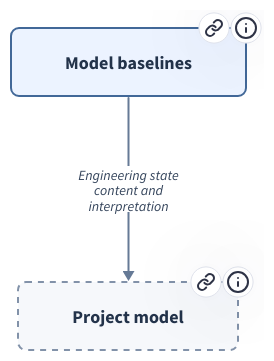
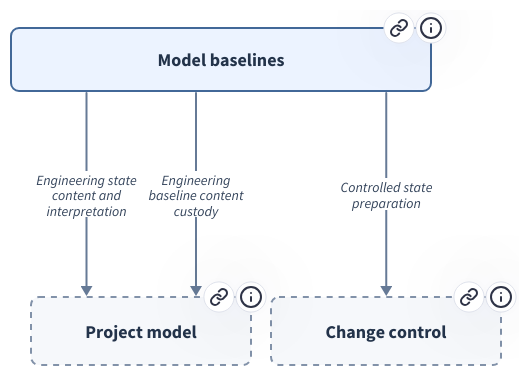
The diagram in design/architecture/views/browser/diagrams/module-MOD-005.d2 (xiongxianfei/rigorloop), drawn with D2 before and after one commit. The commit also changed 262 other files, not shown here.

Commit message:
Add system requirements architecture view and assessments (#208)

```diff
--- a/design/architecture/views/browser/diagrams/module-MOD-005.d2
+++ b/design/architecture/views/browser/diagrams/module-MOD-005.d2
@@ -1,37 +1,64 @@
 # Generated from canonical REM records; do not edit.
-# Source identity: 45c038c07e12e6780416c9a3833873518354213a1c976dcae38bd54077894c80
+# Source identity: 7b8440c54b5c4fada352158a820009762fd64568b87d27d147a47f19f6e4ee60
 # Arrows show consumer -> provider; they do not show execution order.
 vars: {
   d2-config: {
     layout-engine: elk
   }
 }
 direction: down
 
 m_4d4f442d303035: "Model baselines" {
   link: "#module/MOD-005"
   tooltip: "Model baselines (MOD-005)"
   style.fill: "#ECF3FF"
   style.stroke: "#426898"
   style.font-color: "#23334A"
   style.font-size: 18
   style.border-radius: 8
+  width: 420
+}
+m_4d4f442d303036: "Change control" {
+  link: "#module/MOD-006"
+  tooltip: "Change control (MOD-006)"
+  style.fill: "#F6F8FB"
+  style.stroke: "#8292A9"
+  style.font-color: "#23334A"
+  style.font-size: 18
+  style.border-radius: 8
+  style.stroke-dash: 3
 }
 m_4d4f442d303136: "Project model" {
   link: "#module/MOD-016"
   tooltip: "Project model (MOD-016)"
   style.fill: "#F6F8FB"
   style.stroke: "#8292A9"
   style.font-color: "#23334A"
   style.font-size: 18
   style.border-radius: 8
   style.stroke-dash: 3
 }
 m_4d4f442d303035 -> m_4d4f442d303136: "Engineering state\ncontent and\ninterpretation" {
   link: "#interface/IF-007"
   tooltip: "Engineering state content and interpretation (IF-007)"
   style.stroke: "#667A96"
   style.font-color: "#34445B"
   style.fill: "#FFFFFF"
   style.font-size: 14
 }
+m_4d4f442d303035 -> m_4d4f442d303136: "Engineering\nbaseline content\ncustody" {
+  link: "#interface/IF-015"
+  tooltip: "Engineering baseline content custody (IF-015)"
+  style.stroke: "#667A96"
+  style.font-color: "#34445B"
+  style.fill: "#FFFFFF"
+  style.font-size: 14
+}
+m_4d4f442d303035 -> m_4d4f442d303036: "Controlled state\npreparation" {
+  link: "#interface/IF-016"
+  tooltip: "Controlled state preparation (IF-016)"
+  style.stroke: "#667A96"
+  style.font-color: "#34445B"
+  style.fill: "#FFFFFF"
+  style.font-size: 14
+}
```
